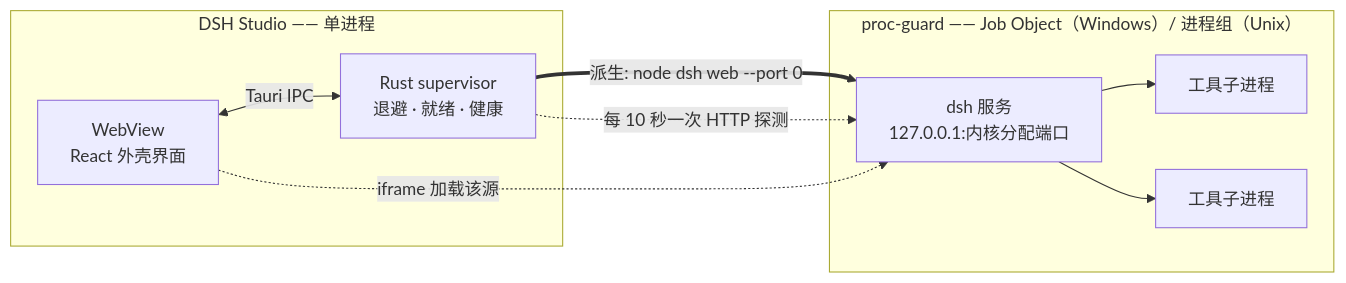
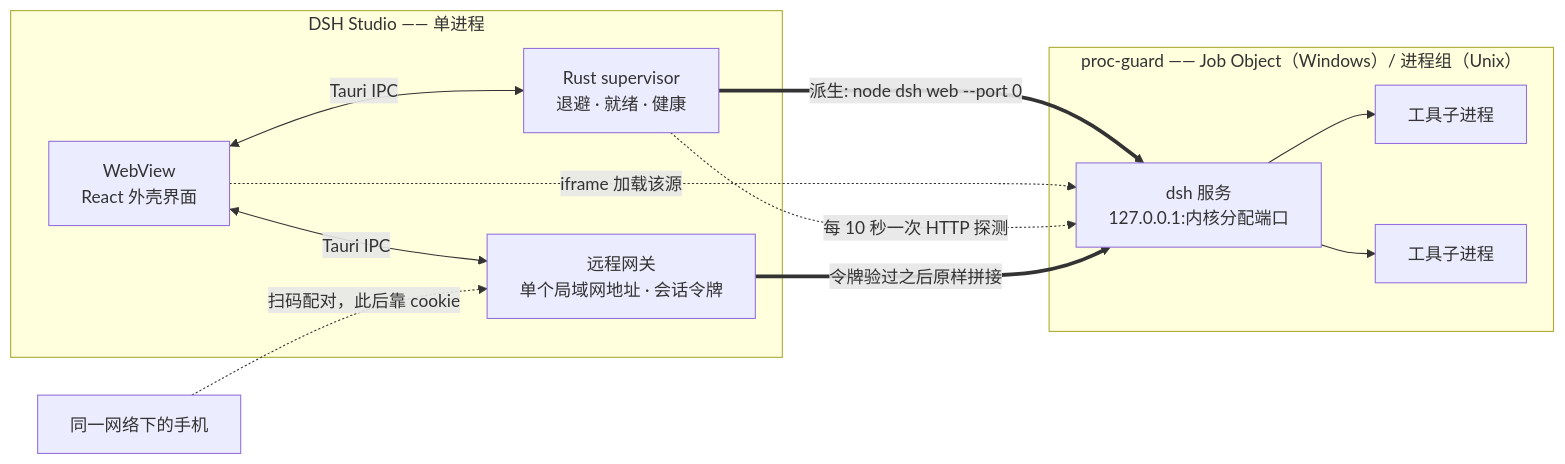
The diagram in README.zh-CN.md (Moresyl/dsh-studio), drawn with Mermaid before and after one commit. The commit also changed other lines of this file and 34 other files, not shown here.

````diff
--- a/README.zh-CN.md
+++ b/README.zh-CN.md
@@ -73,21 +86,27 @@
 ```mermaid
 flowchart LR
+  phone["同一网络下的手机"]
+
   subgraph app["DSH Studio —— 单进程"]
     ui["WebView<br/>React 外壳界面"]
     sup["Rust supervisor<br/>退避 · 就绪 · 健康"]
+    gw["远程网关<br/>单个局域网地址 · 会话令牌"]
     ui <-->|Tauri IPC| sup
+    ui <-->|Tauri IPC| gw
   end
 
   sup ==>|"派生: node dsh web --port 0"| dsh
 
   subgraph guard["proc-guard —— Job Object（Windows）/ 进程组（Unix）"]
     dsh["dsh 服务<br/>127.0.0.1:内核分配端口"]
     t1["工具子进程"]
     t2["工具子进程"]
     dsh --> t1
     dsh --> t2
   end
 
   ui -.->|iframe 加载该源| dsh
   sup -.->|"每 10 秒一次 HTTP 探测"| dsh
+  phone -.->|"扫码配对，此后靠 cookie"| gw
+  gw ==>|"令牌验过之后原样拼接"| dsh
 ```
````
